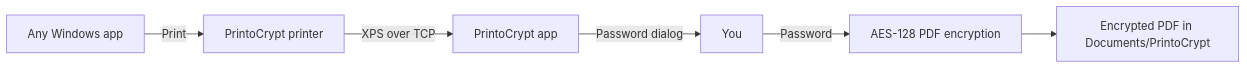
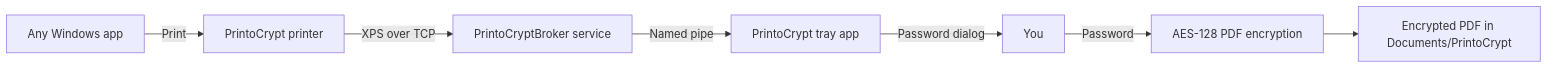
One commit to vblechta/printocrypt changed the diagram in README.md. Above: the diagram before and after it, drawn with Mermaid. The commit also changed other lines of this file and 27 other files, not shown here.

Commit message:
Release 1.0.1 with broker service hardening, version UI, and changelog.

````diff
--- a/README.md
+++ b/README.md
@@ -7,8 +9,9 @@
 ```mermaid
 flowchart LR
     App[Any Windows app] -->|Print| Printer[PrintoCrypt printer]
-    Printer -->|XPS over TCP| Server[PrintoCrypt app]
-    Server -->|Password dialog| User[You]
+    Printer -->|XPS over TCP| Broker[PrintoCryptBroker service]
+    Broker -->|Named pipe| Tray[PrintoCrypt tray app]
+    Tray -->|Password dialog| User[You]
     User -->|Password| Encrypt[AES-128 PDF encryption]
     Encrypt --> PDF[Encrypted PDF in Documents/PrintoCrypt]
 ```
````
